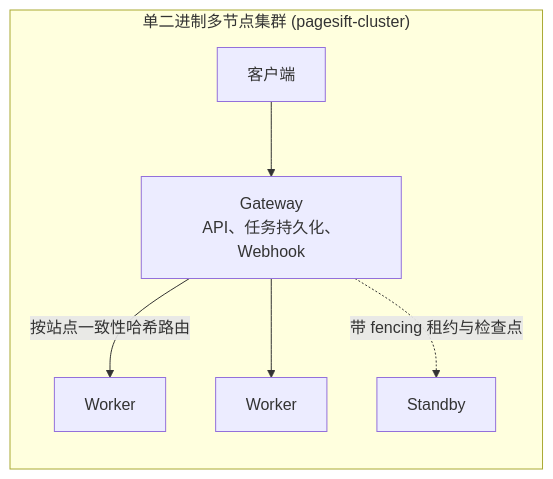
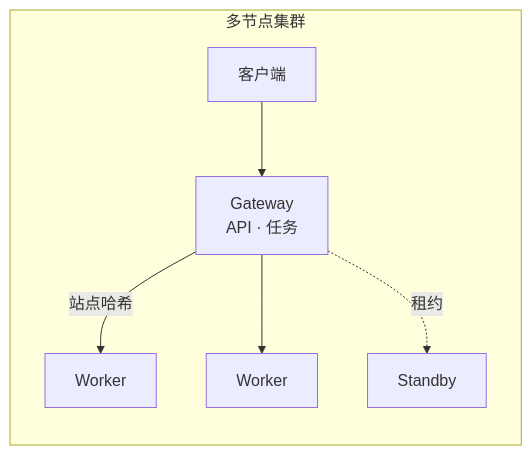
Before and after one commit to YOLOW92/pagesift: the fourth of 4 diagrams in docs/README.zh-CN.md, drawn with Mermaid. The commit also changed other lines of this file and 104 other files, not shown here.

````diff
--- a/docs/README.zh-CN.md
+++ b/docs/README.zh-CN.md
@@ -209,9 +192,9 @@
 ```mermaid
 flowchart LR
-    subgraph Fleet["单二进制多节点集群 (pagesift-cluster)"]
-        C[客户端] --> G[Gateway<br/>API、任务持久化、Webhook]
-        G -->|按站点一致性哈希路由| W1[Worker]
-        G --> W2[Worker]
-        G -.->|带 fencing 租约与检查点| S[Standby]
+    subgraph Fleet["多节点集群"]
+        C["客户端"] --> G["Gateway<br/>API · 任务"]
+        G -->|站点哈希| W1["Worker"]
+        G --> W2["Worker"]
+        G -.->|租约| S["Standby"]
     end
 ```
````
